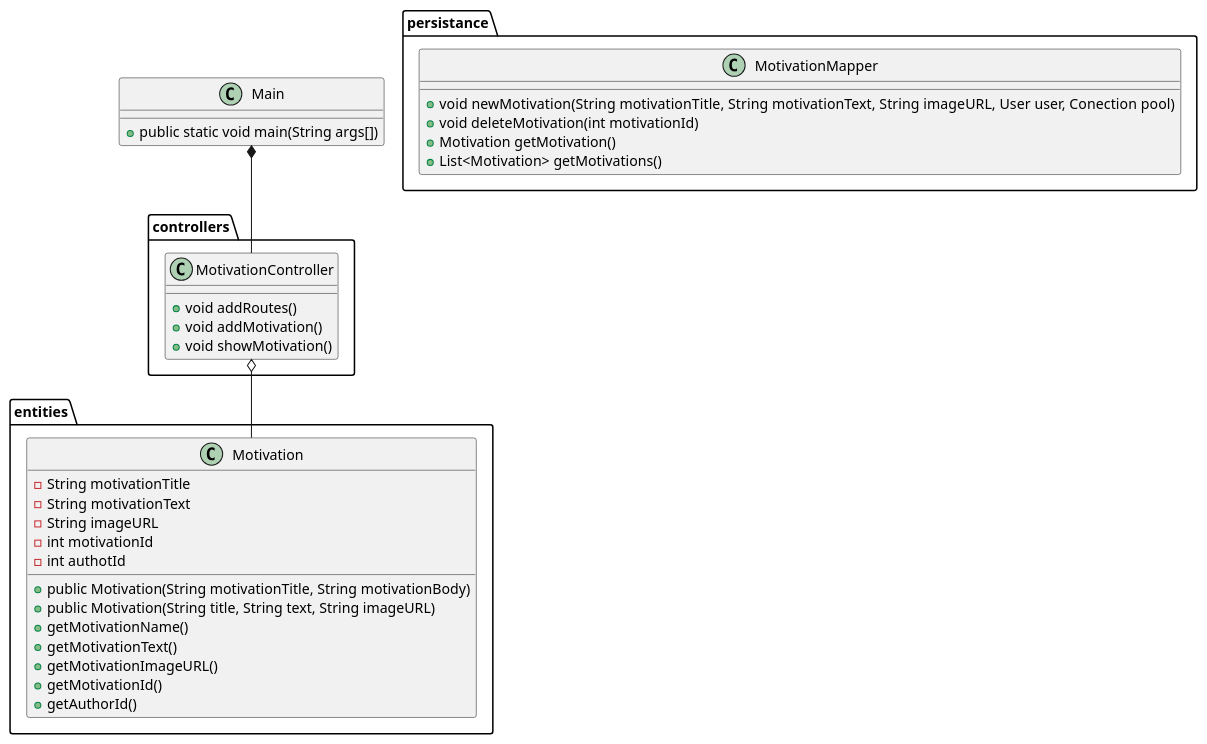
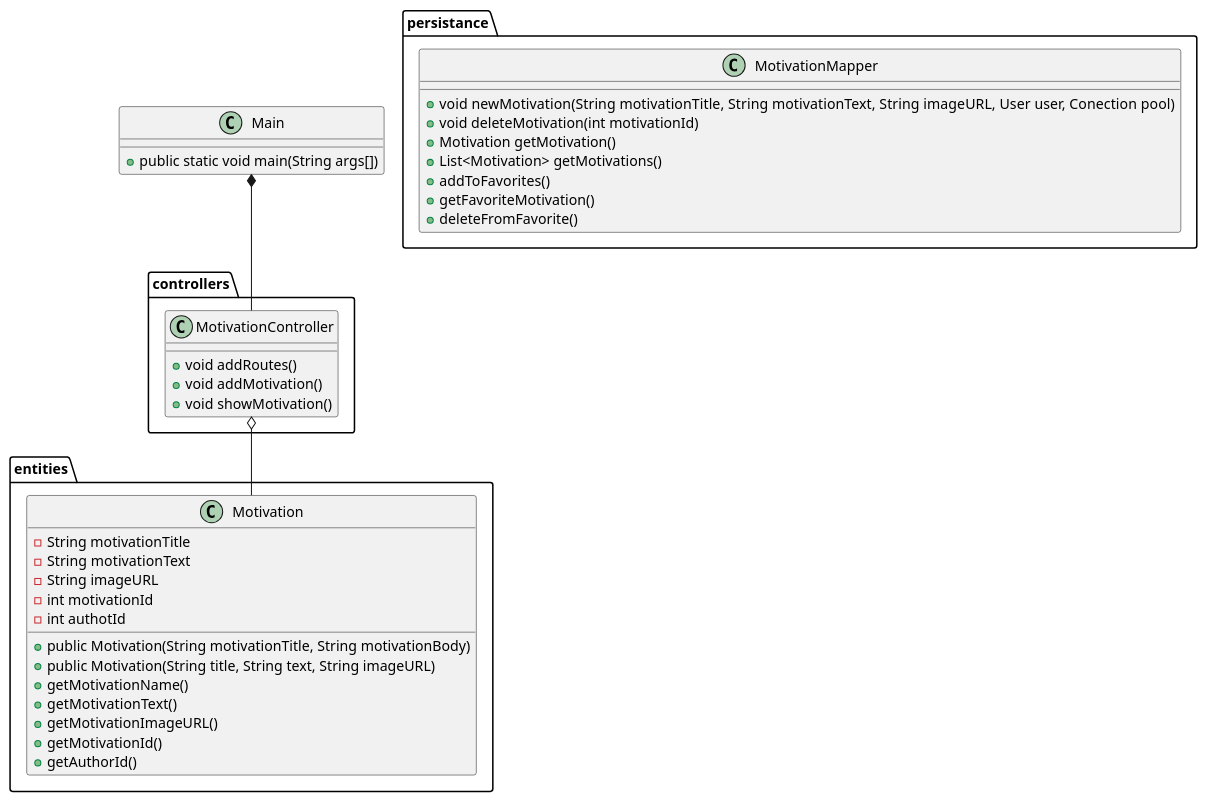
Before and after one commit to crstrskp/lifehack_e24: the diagram in docs/diagramv1.puml, drawn with PlantUML. The commit also changed 1 other file, not shown here.

Commit message:
added favorite mapper methods and uml

```diff
--- a/docs/diagramv1.puml
+++ b/docs/diagramv1.puml
@@ -1,41 +1,43 @@
 @startuml
 'https://plantuml.com/class-diagram
 
 class Main {
 + public static void main(String args[])
 }
 package entities {
     class Motivation {
     - String motivationTitle
     - String motivationText
     - String imageURL
     - int motivationId
     - int authotId
     + public Motivation(String motivationTitle, String motivationBody)
     + public Motivation(String title, String text, String imageURL)
     + getMotivationName()
     + getMotivationText()
     + getMotivationImageURL()
     + getMotivationId()
     + getAuthorId()
     }
 }
 package persistance {
     class MotivationMapper {
     + void newMotivation(String motivationTitle, String motivationText,  String imageURL, User user, Conection pool)
     + void deleteMotivation(int motivationId)
     + Motivation getMotivation()
     + List<Motivation> getMotivations()
-
+    + addToFavorites()
+    + getFavoriteMotivation()
+    +deleteFromFavorite()
     }
 }
 package controllers {
     class MotivationController {
     + void addRoutes()
     + void addMotivation()
     + void showMotivation()
     }
 }
 Main *-- MotivationController
 MotivationController o-- Motivation
 @enduml
```
